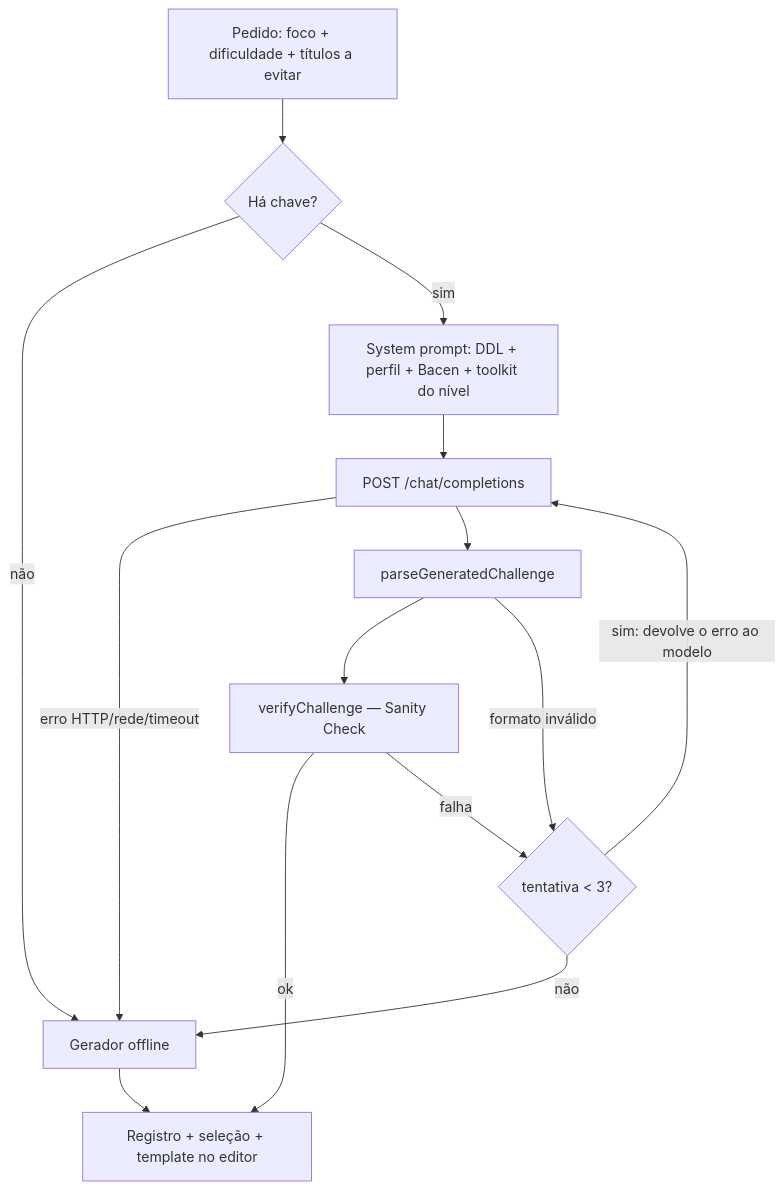
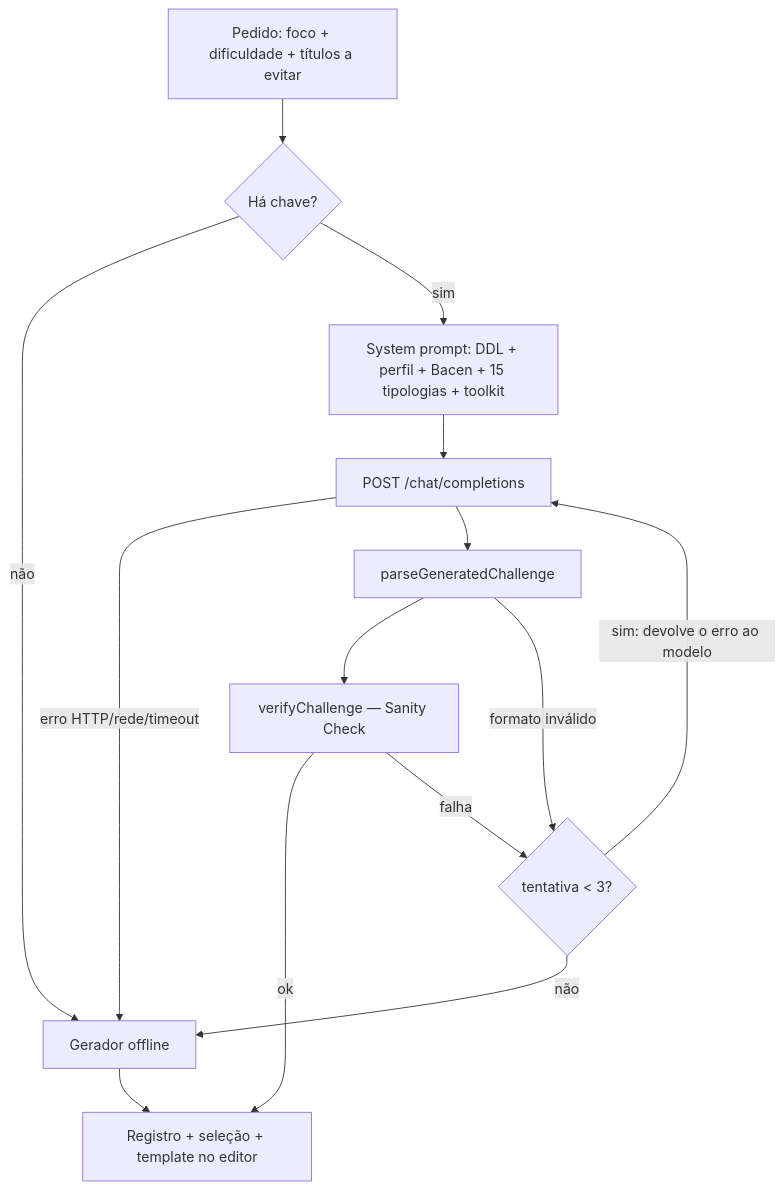
The third of 3 diagrams in docs/DOCUMENTACAO_TECNICA.md (brunagai/keystone-sql), drawn with Mermaid before and after one commit. The commit also changed other lines of this file and 7 other files, not shown here.

````diff
--- a/docs/DOCUMENTACAO_TECNICA.md
+++ b/docs/DOCUMENTACAO_TECNICA.md
@@ -361,16 +366,16 @@
 ```mermaid
 flowchart TD
   A[Pedido: foco + dificuldade + títulos a evitar] --> B{Há chave?}
   B -- não --> OFF[Gerador offline]
-  B -- sim --> P[System prompt: DDL + perfil + Bacen + toolkit do nível]
+  B -- sim --> P[System prompt: DDL + perfil + Bacen + 15 tipologias + toolkit]
   P --> C[POST /chat/completions]
   C -- erro HTTP/rede/timeout --> OFF
   C --> D[parseGeneratedChallenge]
   D --> E[verifyChallenge — Sanity Check]
   E -- ok --> R[Registro + seleção + template no editor]
   E -- falha --> F{tentativa < 3?}
   D -- formato inválido --> F
   F -- sim: devolve o erro ao modelo --> C
   F -- não --> OFF
   OFF --> R
 ```
````
